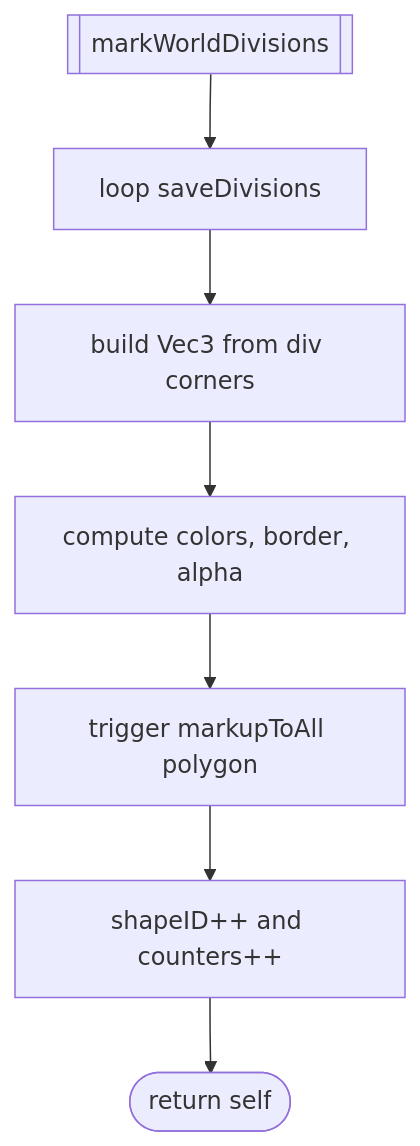
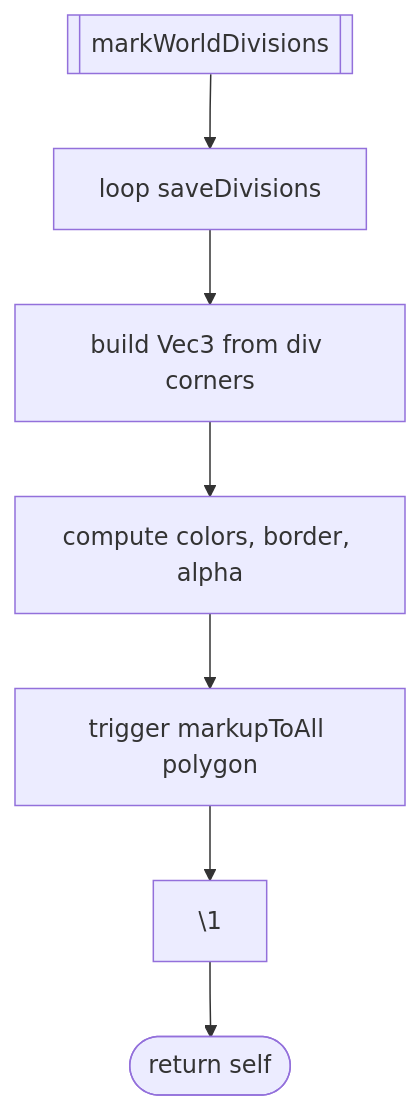
Before and after one commit to Gh0st352/AETHR: the seventh of 7 diagrams in docs/world/divisions.md, drawn with Mermaid. The commit also changed other lines of this file and 7 other files, not shown here.

First line of the commit message:
docs(world, mermaid): normalize headings and standardize Mermaid diagrams

````diff
--- a/docs/world/divisions.md
+++ b/docs/world/divisions.md
@@ -92,9 +121,13 @@
 ```mermaid
+%% shared theme: docs/_mermaid/theme.json %%
 flowchart TD
   MWD[[markWorldDivisions]] --> LUP[loop saveDivisions]
   LUP --> VEC[build Vec3 from div corners]
   VEC --> MC[compute colors, border, alpha]
   MC --> TA[trigger markupToAll polygon]
-  TA --> INC[shapeID++ and counters++]
+  TA --> INC["\1"]
   INC --> MWDRET([return self])
+
+  class MWD,LUP,VEC,MC,TA,INC class_step;
+  class MWDRET class_result;
 ```
````
